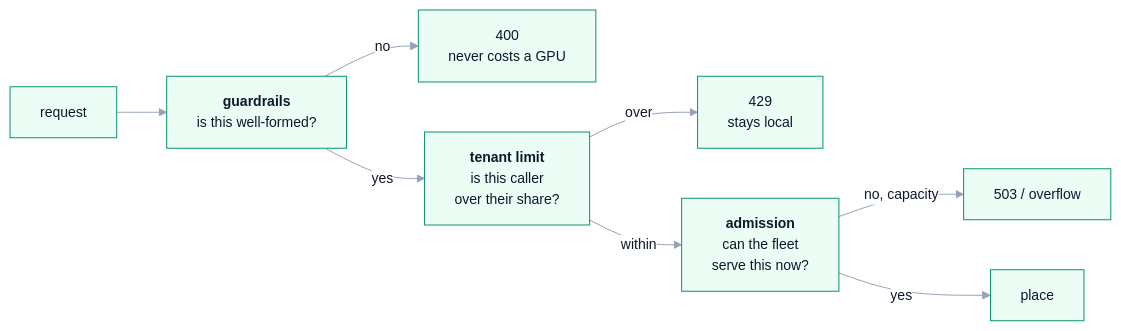
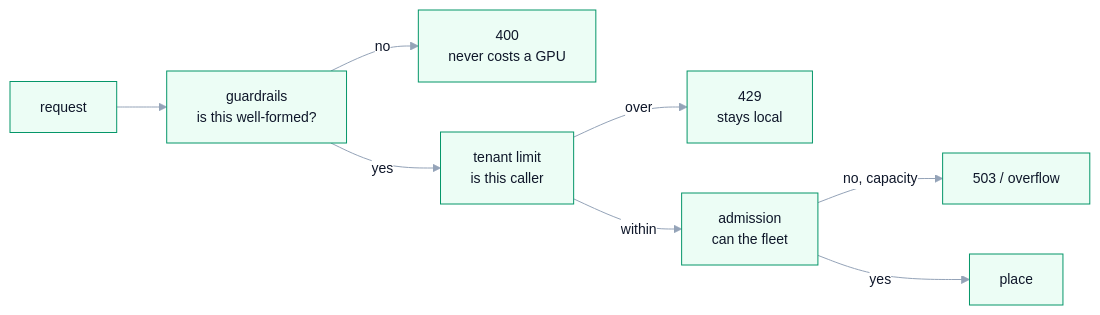
The diagram in docs/project/03-admission.md (harshuljain13/Dodona), drawn with Mermaid before and after one commit. The commit also changed 17 other files, not shown here.

````diff
--- a/docs/project/03-admission.md
+++ b/docs/project/03-admission.md
@@ -6,18 +6,18 @@
 ```mermaid
 %%{init: {'theme':'base','themeVariables':{
   'fontFamily':'ui-sans-serif, -apple-system, Segoe UI, Inter, Helvetica, Arial, sans-serif','fontSize':'14px',
   'primaryColor':'#ecfdf5','primaryTextColor':'#0f172a','primaryBorderColor':'#059669',
   'secondaryColor':'#f8fafc','tertiaryColor':'#ffffff',
   'lineColor':'#94a3b8','textColor':'#1e293b',
   'clusterBkg':'#ffffff','clusterBorder':'#a7f3d0',
   'edgeLabelBackground':'#ffffff','nodeBorder':'#059669'
 }}}%%
 flowchart LR
-    REQ["request"] --> G["<b>guardrails</b><br/>is this well-formed?"]
+    REQ["request"] --> G["guardrails<br/>is this well-formed?"]
     G -->|"no"| R400["400<br/>never costs a GPU"]
-    G -->|"yes"| T["<b>tenant limit</b><br/>is this caller<br/>over their share?"]
+    G -->|"yes"| T["tenant limit<br/>is this caller"]
     T -->|"over"| R429["429<br/>stays local"]
-    T -->|"within"| A["<b>admission</b><br/>can the fleet<br/>serve this now?"]
+    T -->|"within"| A["admission<br/>can the fleet"]
     A -->|"no, capacity"| R503["503 / overflow"]
     A -->|"yes"| P["place"]
 ```
````
